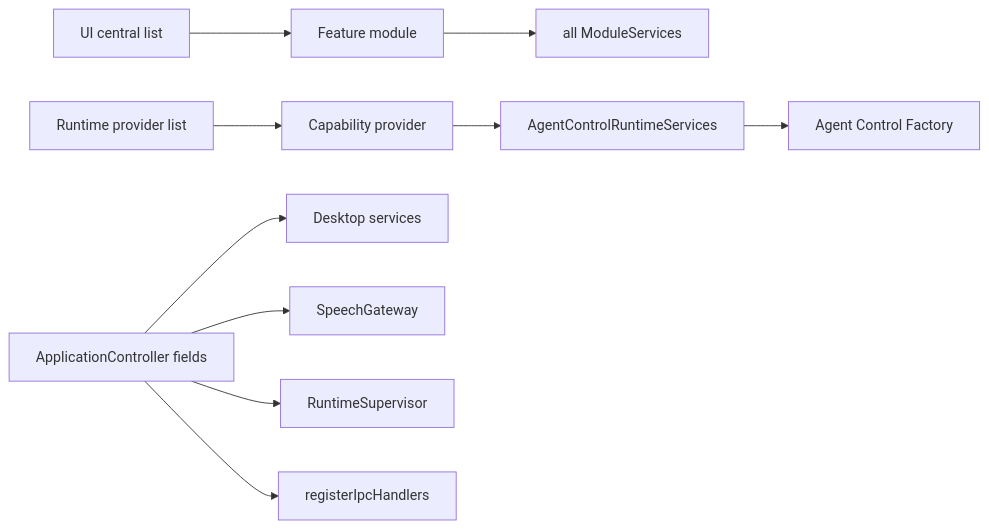
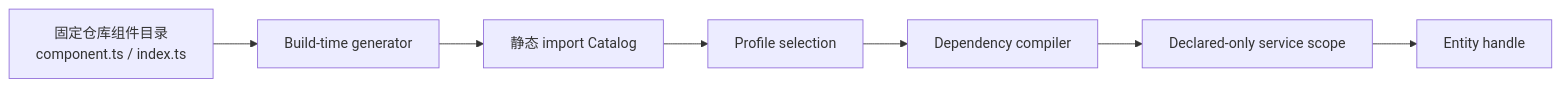
Before and after one commit to Atikou/Ariadne: the second of 3 diagrams in docs/entity-component-architecture-roadmap.md, drawn with Mermaid. The commit also changed other lines of this file and 1 other file, not shown here.

Commit message:
docs: finalize entity component architecture roadmap

````diff
--- a/docs/entity-component-architecture-roadmap.md
+++ b/docs/entity-component-architecture-roadmap.md
@@ -168,14 +72,12 @@
 ```mermaid
 flowchart LR
-  UIList[UI central list] --> UIModule[Feature module]
-  UIModule --> AllServices[all ModuleServices]
+  Directory[固定仓库组件目录\ncomponent.ts / index.ts]
+  Generator[Build-time generator]
+  Catalog[静态 import Catalog]
+  Profile[Profile selection]
+  Compiler[Dependency compiler]
+  Scope[Declared-only service scope]
+  Handle[Entity handle]
 
-  ProviderList[Runtime provider list] --> CapProvider[Capability provider]
-  CapProvider --> TypedBundle[AgentControlRuntimeServices]
-  TypedBundle --> GiantFactory[Agent Control Factory]
-
-  AppController[ApplicationController fields] --> DesktopServices[Desktop services]
-  AppController --> SpeechGateway
-  AppController --> RuntimeSupervisor
-  AppController --> RegisterIPC[registerIpcHandlers]
+  Directory --> Generator --> Catalog --> Profile --> Compiler --> Scope --> Handle
 ```
````
